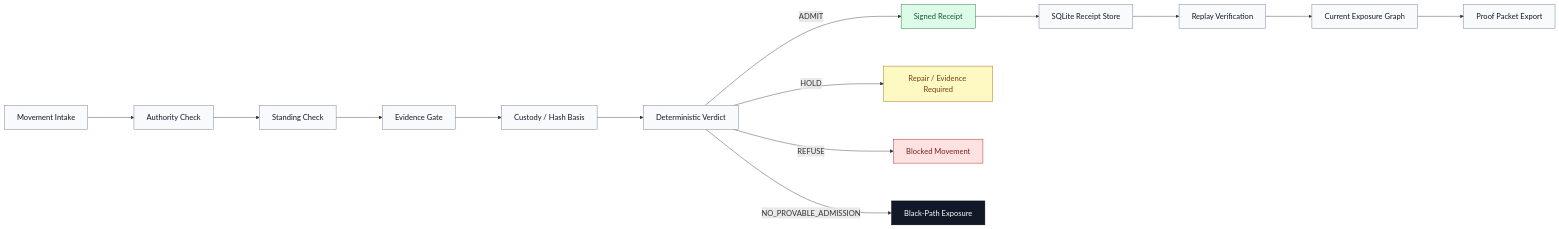
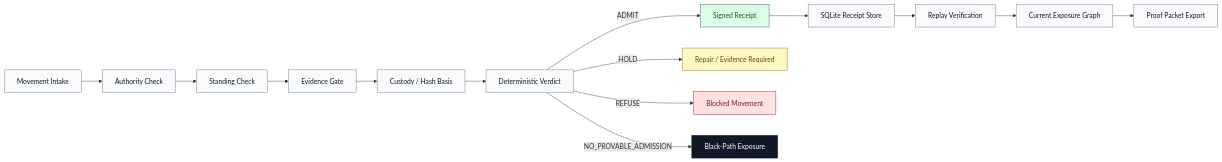
The first of 2 diagrams in README.md (Kamanaka5502/elyria-consequence-twin), drawn with Mermaid before and after one commit.

Commit message:
Make README diagrams stationary

````diff
--- a/README.md
+++ b/README.md
@@ -121,28 +121,27 @@
 ```mermaid
-%%{init: {"flowchart": {"nodeSpacing": 90, "rankSpacing": 110}, "themeVariables": {"fontSize": "18px"}} }%%
 flowchart LR
     A[Movement Intake] --> B[Authority Check]
     B --> C[Standing Check]
     C --> D[Evidence Gate]
     D --> E[Custody / Hash Basis]
     E --> F[Deterministic Verdict]
     F -->|ADMIT| G[Signed Receipt]
     F -->|HOLD| H[Repair / Evidence Required]
     F -->|REFUSE| I[Blocked Movement]
     F -->|NO_PROVABLE_ADMISSION| J[Black-Path Exposure]
     G --> K[SQLite Receipt Store]
     K --> L[Replay Verification]
     L --> M[Current Exposure Graph]
     M --> N[Proof Packet Export]
 
     classDef neutral fill:#f8fafc,stroke:#64748b,color:#0f172a;
     classDef admit fill:#dcfce7,stroke:#166534,color:#14532d;
     classDef hold fill:#fef9c3,stroke:#a16207,color:#713f12;
     classDef refuse fill:#fee2e2,stroke:#991b1b,color:#7f1d1d;
     classDef blackpath fill:#111827,stroke:#000000,color:#ffffff;
     class A,B,C,D,E,F,K,L,M,N neutral;
     class G admit;
     class H hold;
     class I refuse;
     class J blackpath;
 ```
````
